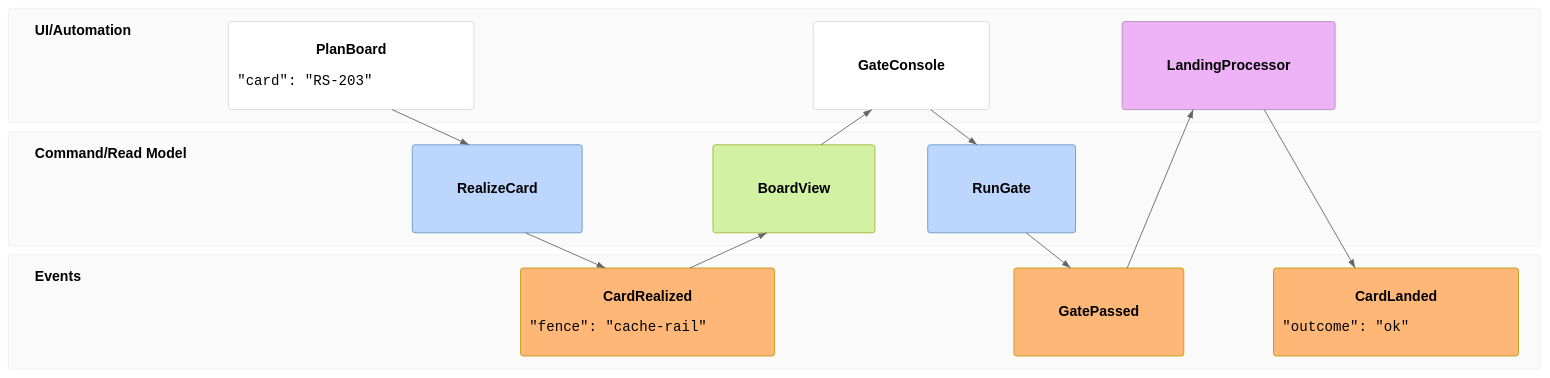
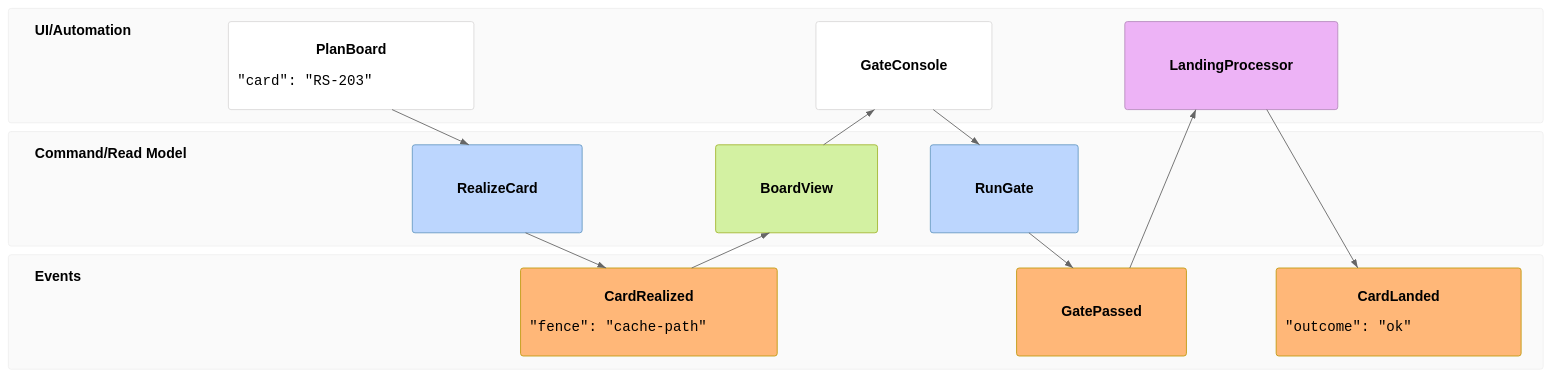
One commit to bsamiee/Rasm changed the diagram in .claude/skills/mermaid-diagramming/templates/event-flow.mmd.md. Above: the diagram before and after it, drawn with Mermaid (neutral theme). The commit also changed 1997 other files, not shown here.

````diff
--- a/.claude/skills/mermaid-diagramming/templates/event-flow.mmd.md
+++ b/.claude/skills/mermaid-diagramming/templates/event-flow.mmd.md
@@ -5,12 +5,12 @@
 ```mermaid
 eventmodeling
   tf 01 ui PlanBoard `json`{ "card": "RS-203" }
   tf 02 cmd RealizeCard
-  tf 03 evt CardRealized `json`{ "fence": "cache-rail" }
+  tf 03 evt CardRealized `json`{ "fence": "cache-path" }
   tf 04 rmo BoardView
   tf 05 ui GateConsole
   tf 06 cmd RunGate
   tf 07 evt GatePassed
   tf 08 pcr LandingProcessor
   tf 09 evt CardLanded `json`{ "outcome": "ok" }
 ```
````
